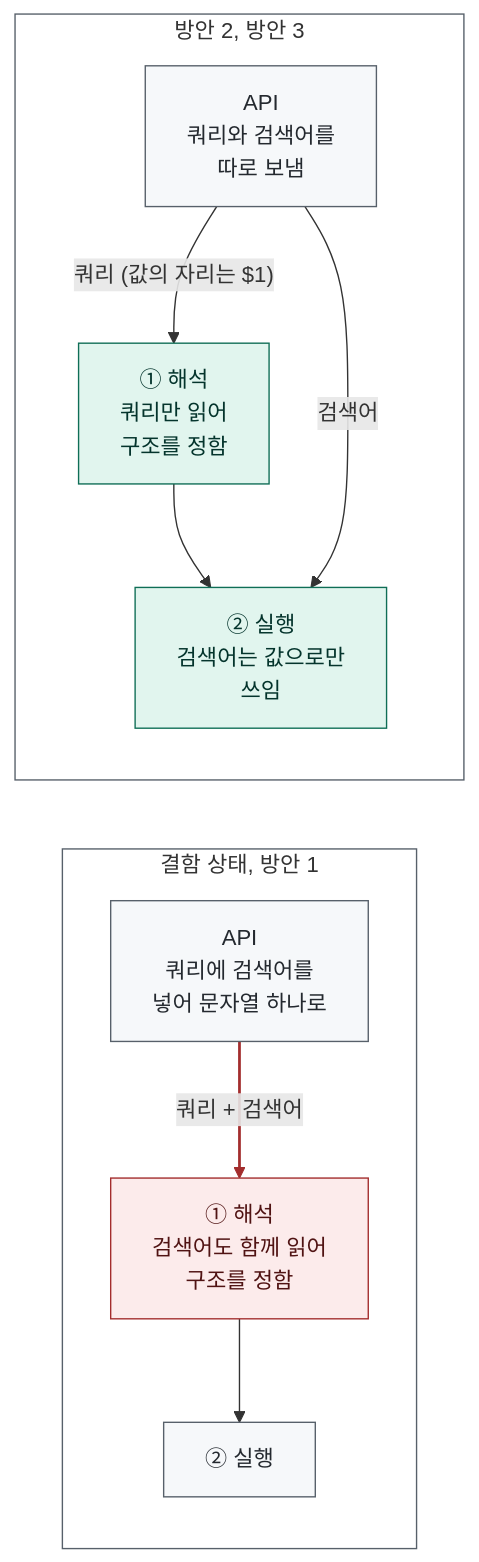
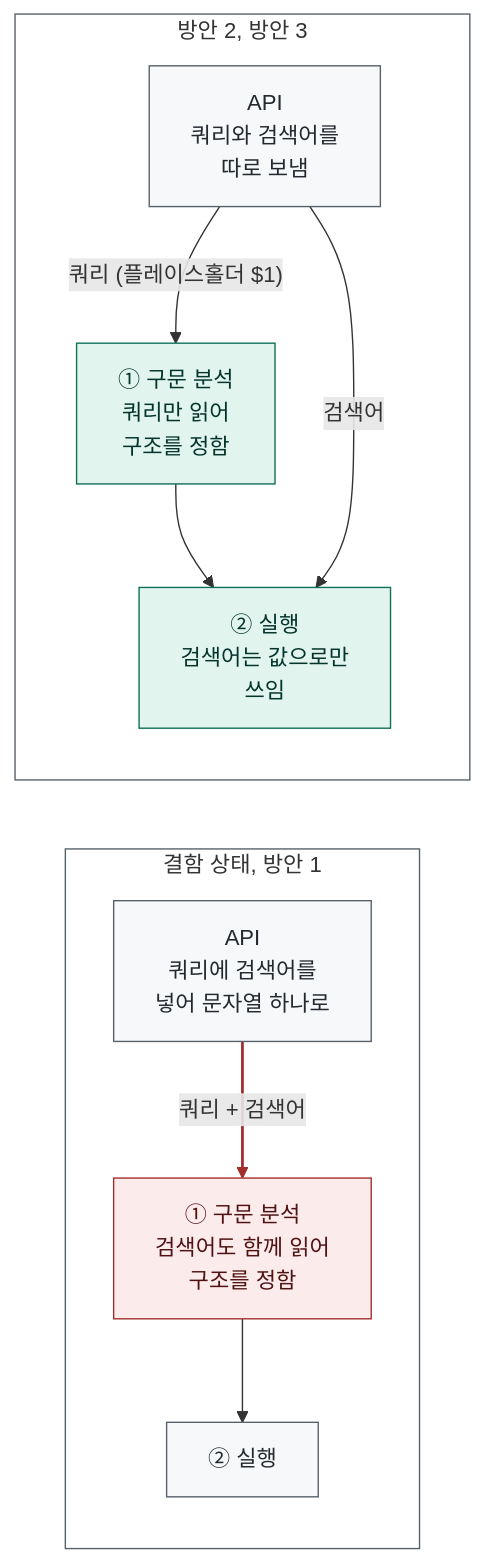
Before and after one commit to loquemedalagana/secure-enroll-demo: the third of 4 diagrams in docs/diagnosis/defect-6.md, drawn with Mermaid. The commit also changed other lines of this file, not shown here.

````diff
--- a/docs/diagnosis/defect-6.md
+++ b/docs/diagnosis/defect-6.md
@@ -271,27 +271,27 @@
 ```mermaid
 flowchart LR
   subgraph one["결함 상태, 방안 1"]
     a1["API<br/>쿼리에 검색어를<br/>넣어 문자열 하나로"]
-    p1["① 해석<br/>검색어도 함께 읽어<br/>구조를 정함"]
+    p1["① 구문 분석<br/>검색어도 함께 읽어<br/>구조를 정함"]
     e1["② 실행"]
     a1 -- "쿼리 + 검색어" --> p1 --> e1
   end
 
   subgraph two["방안 2, 방안 3"]
     a2["API<br/>쿼리와 검색어를<br/>따로 보냄"]
-    p2["① 해석<br/>쿼리만 읽어<br/>구조를 정함"]
+    p2["① 구문 분석<br/>쿼리만 읽어<br/>구조를 정함"]
     e2["② 실행<br/>검색어는 값으로만<br/>쓰임"]
-    a2 -- "쿼리 (값의 자리는 $1)" --> p2 --> e2
+    a2 -- "쿼리 (플레이스홀더 $1)" --> p2 --> e2
     a2 -- "검색어" --> e2
   end
 
   classDef danger fill:#FCEBEB,stroke:#A32D2D,color:#501313
   classDef safe fill:#E1F5EE,stroke:#0F6E56,color:#04342C
   classDef neutral fill:#f6f8fa,stroke:#57606a,color:#24292f
   class p1 danger
   class p2,e2 safe
   class a1,e1,a2 neutral
   style one fill:none,stroke:#57606a
   style two fill:none,stroke:#57606a
   linkStyle 0 stroke:#A32D2D,stroke-width:2px
 ```
````
